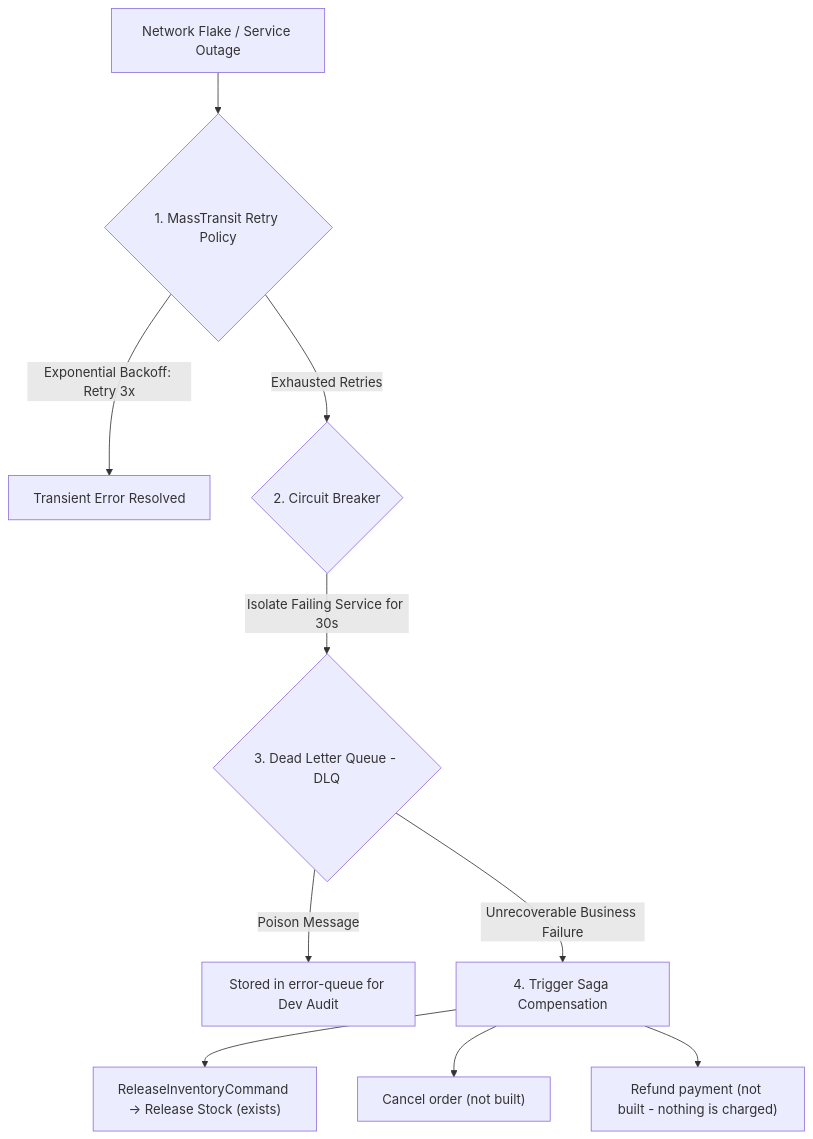
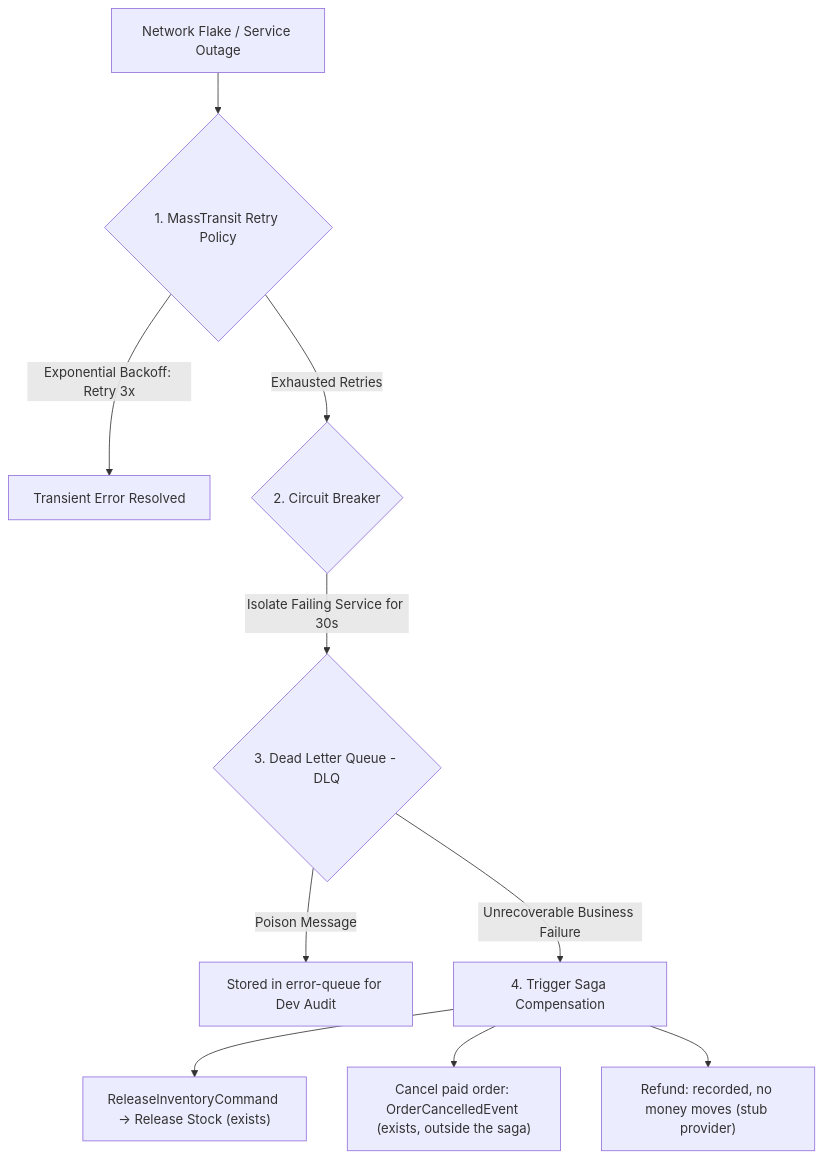
One commit to jessiicamaru/e-commerce-asp-dotnet-practice changed the second of 2 diagrams in docs/architecture/reliable-messaging-and-outbox-pattern.md. Above: the diagram before and after it, drawn with Mermaid. The commit also changed other lines of this file and 40 other files, not shown here.

````diff
--- a/docs/architecture/reliable-messaging-and-outbox-pattern.md
+++ b/docs/architecture/reliable-messaging-and-outbox-pattern.md
@@ -116,16 +219,16 @@
 ```mermaid
 graph TD
     Error["Network Flake / Service Outage"] --> Level1{"1. MassTransit Retry Policy"}
 
     Level1 -->|Exponential Backoff: Retry 3x| Recovered["Transient Error Resolved"]
     Level1 -->|Exhausted Retries| Level2{"2. Circuit Breaker"}
 
     Level2 -->|Isolate Failing Service for 30s| Level3{"3. Dead Letter Queue - DLQ"}
 
     Level3 -->|Poison Message| DLQStorage["Stored in error-queue for Dev Audit"]
     Level3 -->|Unrecoverable Business Failure| Level4["4. Trigger Saga Compensation"]
 
     Level4 --> Comp1["ReleaseInventoryCommand -> Release Stock (exists)"]
-    Level4 --> Comp2["Cancel order (not built)"]
-    Level4 --> Comp3["Refund payment (not built - nothing is charged)"]
+    Level4 --> Comp2["Cancel paid order: OrderCancelledEvent (exists, outside the saga)"]
+    Level4 --> Comp3["Refund: recorded, no money moves (stub provider)"]
 ```
````
